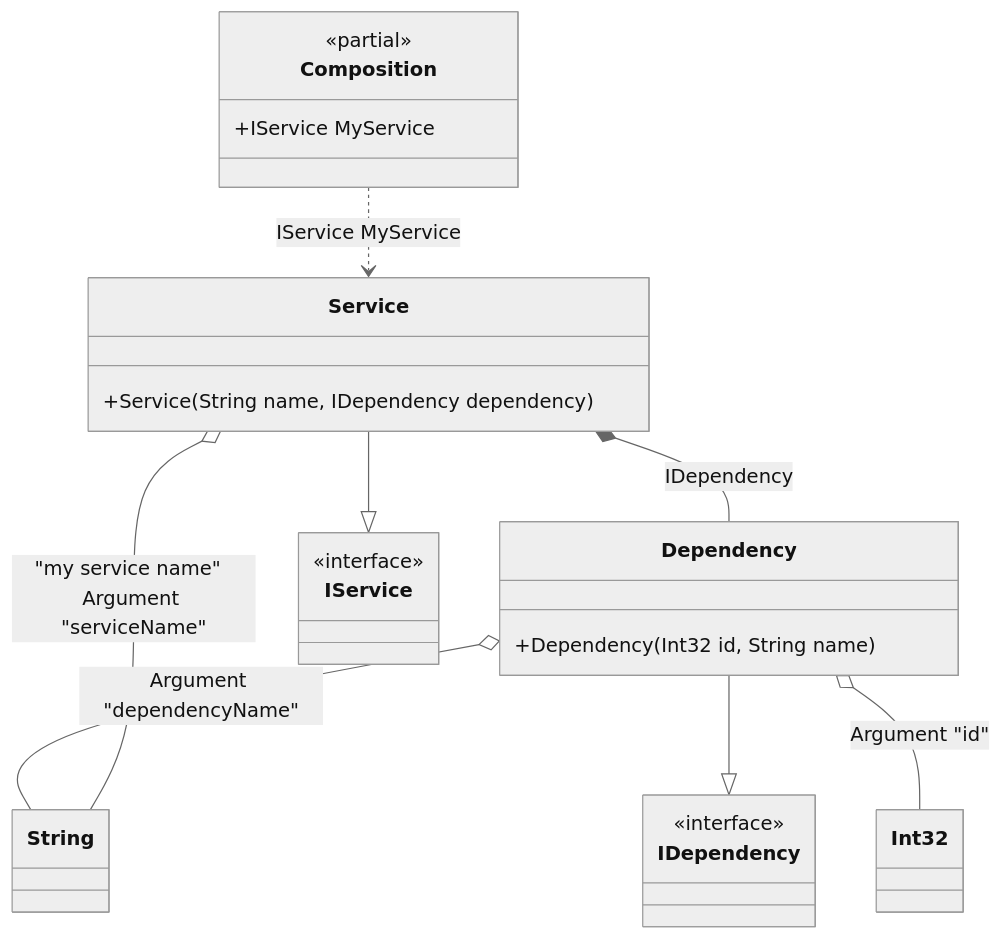
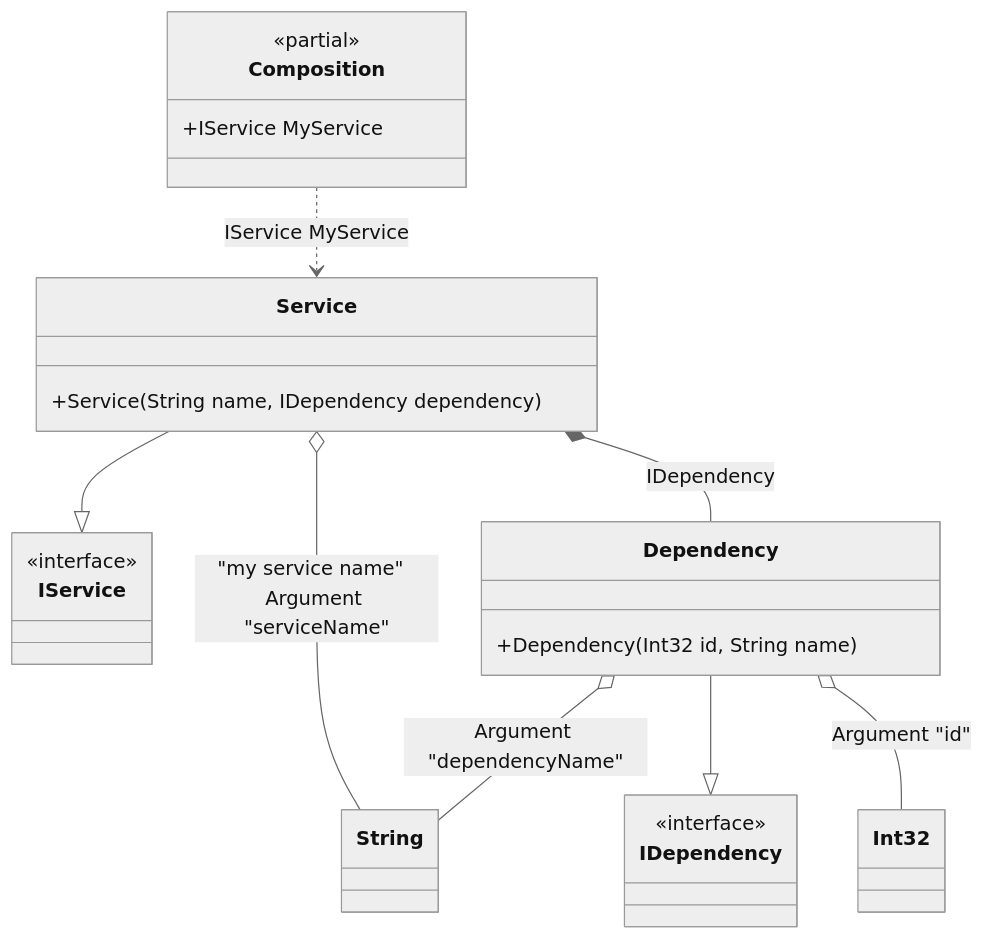
One commit to DevTeam/Pure.DI changed the diagram in readme/class-arguments.md. Above: the diagram before and after it, drawn with Mermaid (neutral theme). The commit also changed other lines of this file and 92 other files, not shown here.

````diff
--- a/readme/class-arguments.md
+++ b/readme/class-arguments.md
@@ -110,28 +110,28 @@
 ```mermaid
 classDiagram
 	class Composition {
 		<<partial>>
 		+IService MyService
 	}
+	Service --|> IService
+	class Service {
+		+Service(String name, IDependency dependency)
+	}
+	class String
 	Dependency --|> IDependency
 	class Dependency {
 		+Dependency(Int32 id, String name)
 	}
-	Service --|> IService
-	class Service {
-		+Service(String name, IDependency dependency)
+	class Int32
+	class IService {
+		<<interface>>
 	}
-	class Int32
-	class String
 	class IDependency {
 		<<interface>>
 	}
-	class IService {
-		<<interface>>
-	}
 	Composition ..> Service : IService MyService
+	Service o-- String : "my service name"  Argument "serviceName"
+	Service *--  Dependency : IDependency
 	Dependency o-- Int32 : Argument "id"
 	Dependency o-- String : Argument "dependencyName"
-	Service o-- String : "my service name"  Argument "serviceName"
-	Service *--  Dependency : IDependency
 ```
````
